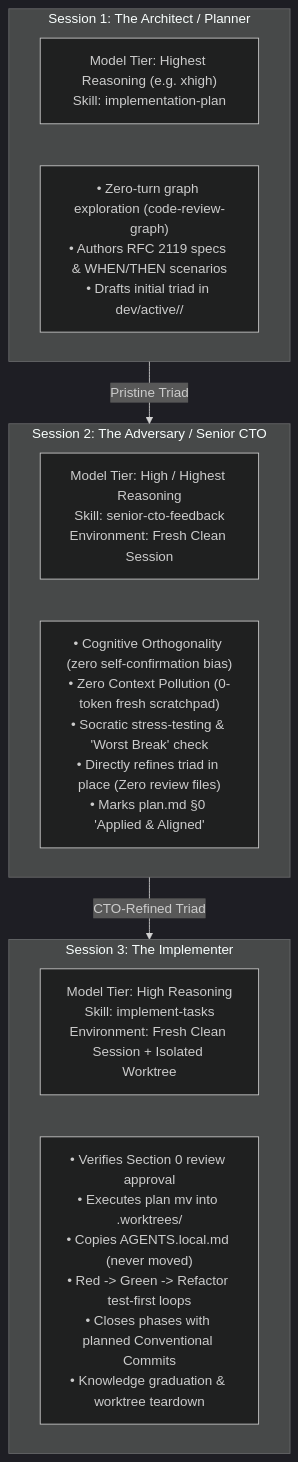
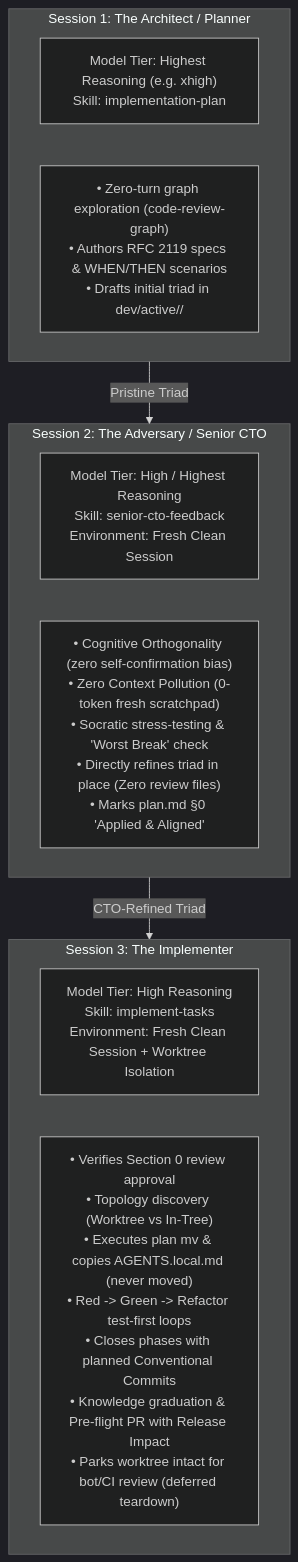
The third of 11 diagrams in docs/internal/AGENTIC_CONTEXT_ENGINEERING.md (islamu-ngo/Event), drawn with Mermaid (dark theme) before and after one commit. The commit also changed other lines of this file, not shown here.

First line of the commit message:
docs(documentation): align agent context engineering with worktree isolation and task lifecycle

````diff
--- a/docs/internal/AGENTIC_CONTEXT_ENGINEERING.md
+++ b/docs/internal/AGENTIC_CONTEXT_ENGINEERING.md
@@ -142,20 +128,20 @@
 ```mermaid
 flowchart TD
     subgraph S1["Session 1: The Architect / Planner"]
         M1["Model Tier: Highest Reasoning (e.g. xhigh)\nSkill: implementation-plan"]
         A1["• Zero-turn graph exploration (code-review-graph)\n• Authors RFC 2119 specs & WHEN/THEN scenarios\n• Drafts initial triad in dev/active/<task>/"]
     end
 
     subgraph S2["Session 2: The Adversary / Senior CTO"]
         M2["Model Tier: High / Highest Reasoning\nSkill: senior-cto-feedback\nEnvironment: Fresh Clean Session"]
         A2["• Cognitive Orthogonality (zero self-confirmation bias)\n• Zero Context Pollution (0-token fresh scratchpad)\n• Socratic stress-testing & 'Worst Break' check\n• Directly refines triad in place (Zero review files)\n• Marks plan.md §0 'Applied & Aligned'"]
     end
 
     subgraph S3["Session 3: The Implementer"]
-        M3["Model Tier: High Reasoning\nSkill: implement-tasks\nEnvironment: Fresh Clean Session + Isolated Worktree"]
-        A3["• Verifies Section 0 review approval\n• Executes plan mv into .worktrees/<task>\n• Copies AGENTS.local.md (never moved)\n• Red -> Green -> Refactor test-first loops\n• Closes phases with planned Conventional Commits\n• Knowledge graduation & worktree teardown"]
+        M3["Model Tier: High Reasoning\nSkill: implement-tasks\nEnvironment: Fresh Clean Session + Worktree Isolation"]
+        A3["• Verifies Section 0 review approval\n• Topology discovery (Worktree vs In-Tree)\n• Executes plan mv & copies AGENTS.local.md (never moved)\n• Red -> Green -> Refactor test-first loops\n• Closes phases with planned Conventional Commits\n• Knowledge graduation & Pre-flight PR with Release Impact\n• Parks worktree intact for bot/CI review (deferred teardown)"]
     end
 
     S1 -->|Pristine Triad| S2
     S2 -->|CTO-Refined Triad| S3
 ```
````
